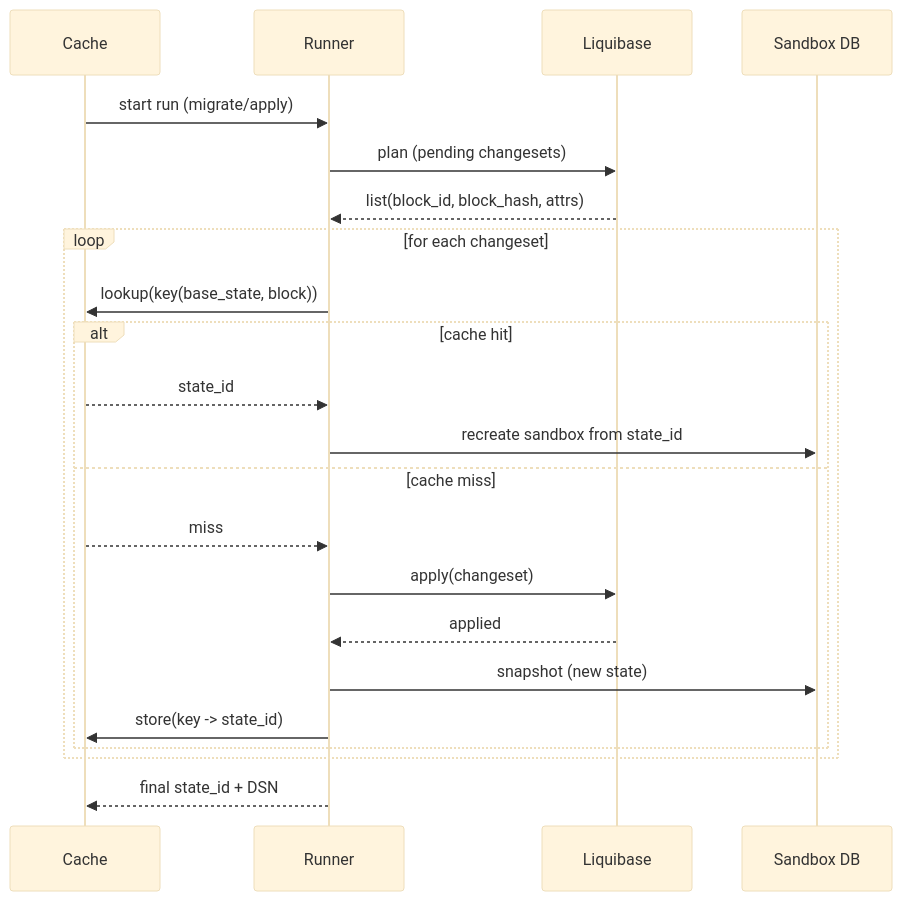
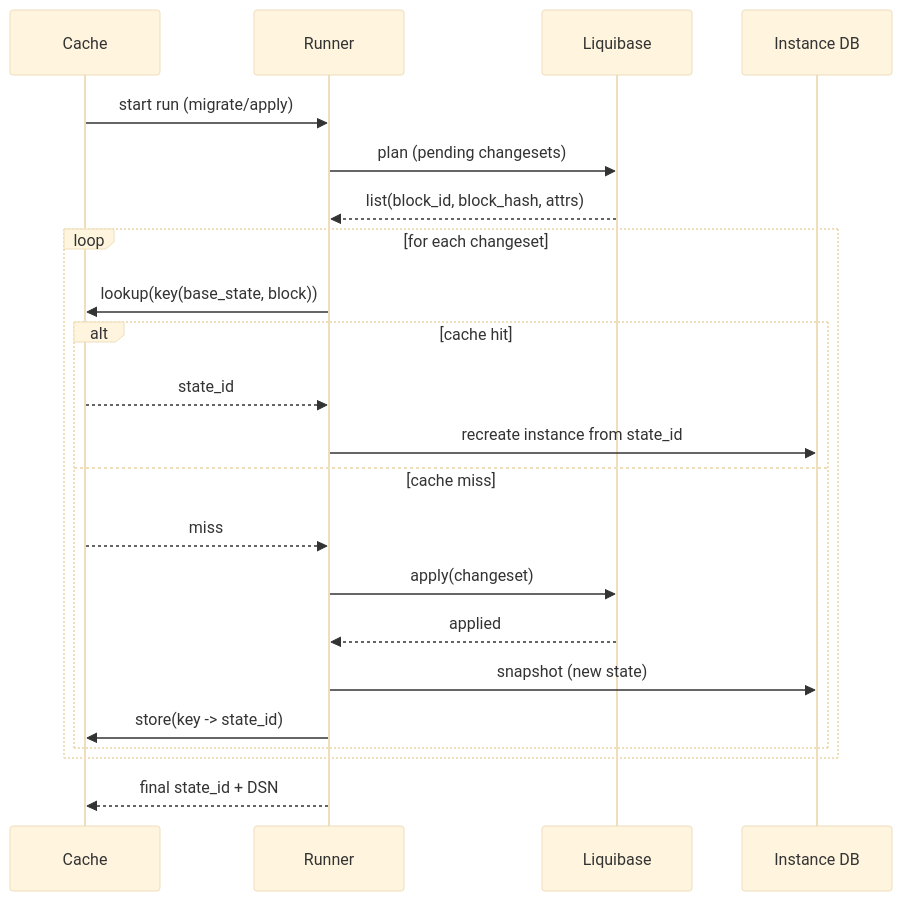
Before and after one commit to kimak-irmagi/taidon: the second of 2 diagrams in docs/architecture/state-cache-design.RU.md, drawn with Mermaid (base theme). The commit also changed other lines of this file and 90 other files, not shown here.

````diff
--- a/docs/architecture/state-cache-design.RU.md
+++ b/docs/architecture/state-cache-design.RU.md
@@ -231,28 +231,28 @@
 ```mermaid
 sequenceDiagram
   participant C as Client
   participant R as Runner
   participant L as Liquibase
   participant C as Cache
-  participant D as Sandbox DB
+  participant D as Instance DB
 
   C->>R: start run (migrate/apply)
   R->>L: plan (pending changesets)
   L-->>R: list(block_id, block_hash, attrs)
 
   loop for each changeset
     R->>C: lookup(key(base_state, block))
     alt cache hit
       C-->>R: state_id
-      R->>D: recreate sandbox from state_id
+      R->>D: recreate instance from state_id
     else cache miss
       C-->>R: miss
       R->>L: apply(changeset)
       L-->>R: applied
       R->>D: snapshot (new state)
       R->>C: store(key -> state_id)
     end
   end
 
   R-->>C: final state_id + DSN
 ```
````
